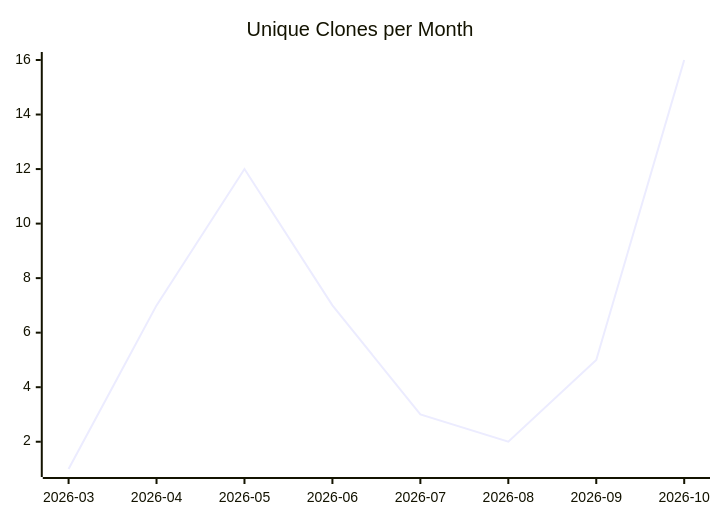
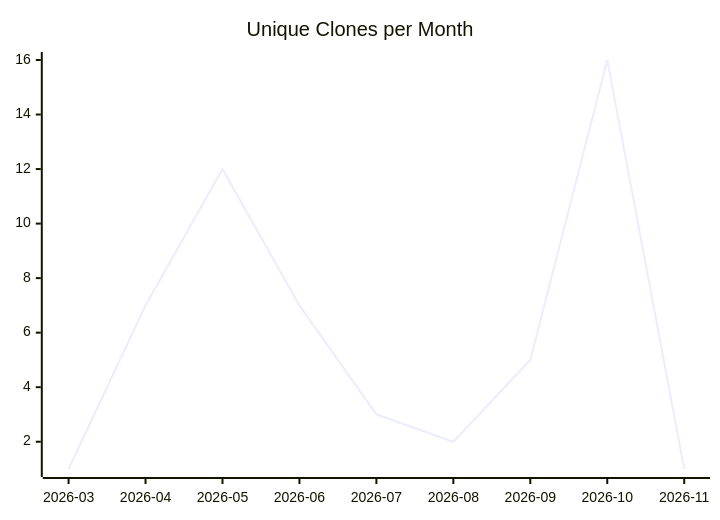
Before and after one commit to justdavis-family/github-analytics-data: the third of 3 diagrams in karlmdavis/sample-maven-and-rcp/README.md, drawn with Mermaid. The commit also changed other lines of this file and 201 other files, not shown here.

````diff
--- a/karlmdavis/sample-maven-and-rcp/README.md
+++ b/karlmdavis/sample-maven-and-rcp/README.md
@@ -19,6 +19,6 @@
 ```mermaid
 xychart-beta
   title "Unique Clones per Month"
-  x-axis ["2026-03", "2026-04", "2026-05", "2026-06", "2026-07", "2026-08", "2026-09", "2026-10"]
-  line [1, 7, 12, 7, 3, 2, 5, 16]
+  x-axis ["2026-03", "2026-04", "2026-05", "2026-06", "2026-07", "2026-08", "2026-09", "2026-10", "2026-11"]
+  line [1, 7, 12, 7, 3, 2, 5, 16, 1]
 ```
````
